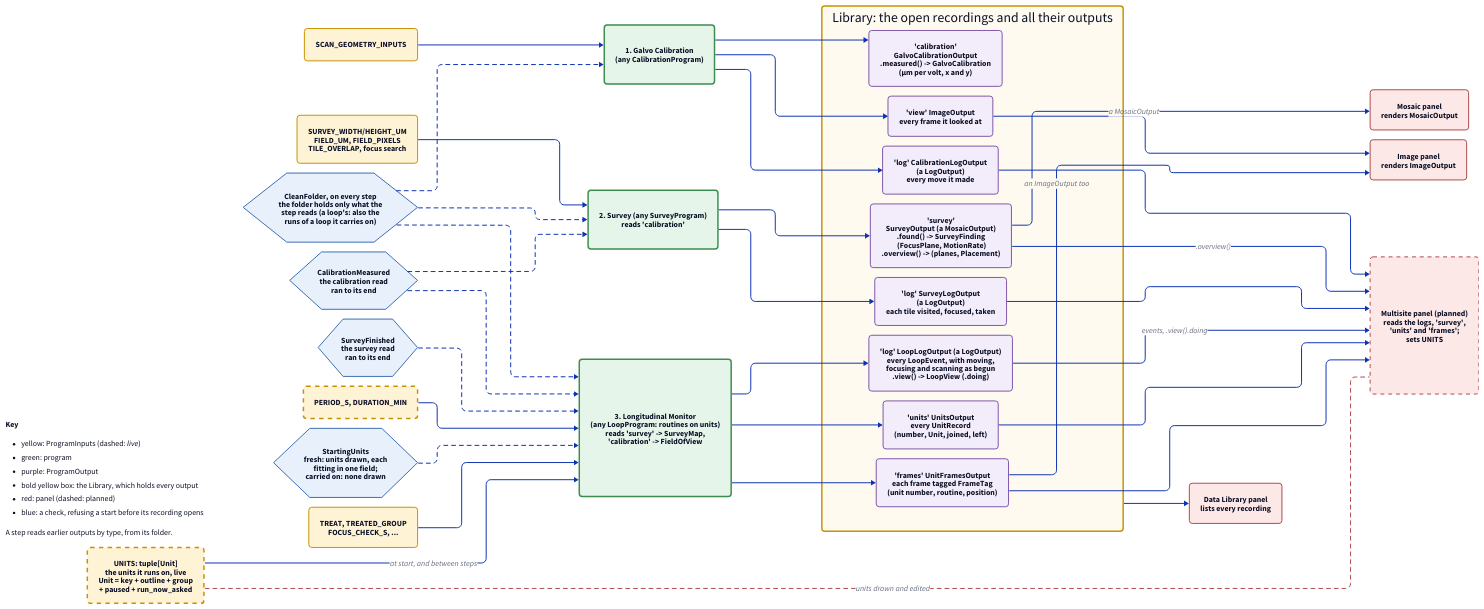
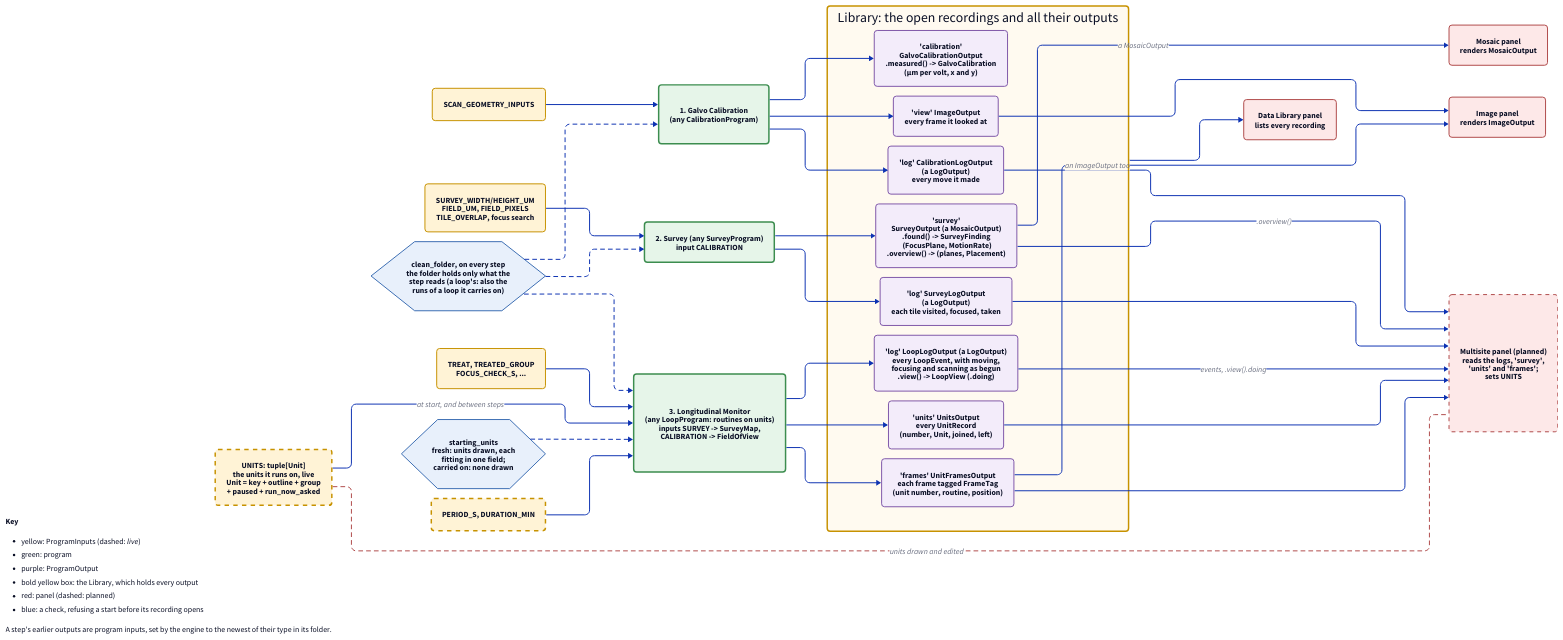
Before and after one commit to FishyIshyFishy/pyrpoc: the diagram in docs/diagrams/multisite.d2, drawn with D2. The commit also changed 138 other files, not shown here.

```diff
--- a/docs/diagrams/multisite.d2
+++ b/docs/diagrams/multisite.d2
@@ -1,104 +1,100 @@
 # Multisite, board 1 of 2: the pipeline. Each step's inputs, the program, the outputs it fills,
 # and what later steps and panels read of them. See multisite_loop.d2 for inside a loop.
 vars: {d2-config: {layout-engine: elk}}
 direction: right
 
 classes: {
   input: {style: {fill: "#fff3d6"; stroke: "#c79200"; border-radius: 6}}
   live: {style: {fill: "#fff3d6"; stroke: "#c79200"; stroke-width: 3; stroke-dash: 3; border-radius: 6}}
   prog: {style: {fill: "#e6f5e9"; stroke: "#3c8d4f"; stroke-width: 3; border-radius: 6}}
   check: {shape: hexagon; style: {fill: "#e8f0fb"; stroke: "#3b6db3"}}
   out: {style: {fill: "#f3ecfa"; stroke: "#7e57a8"; border-radius: 6}}
   panel: {style: {fill: "#fde8e8"; stroke: "#b04a4a"; border-radius: 6}}
   panel_new: {style: {fill: "#fde8e8"; stroke: "#b04a4a"; stroke-dash: 4; border-radius: 6}}
   library: {style: {fill: "#fffaf0"; stroke: "#c79200"; stroke-width: 3; border-radius: 6}}
 }
 
 # A node in the layout rather than pinned to a corner, which reserved a band of empty space.
 key: |md
   **Key**
   - yellow: ProgramInputs (dashed: *live*)
   - green: program
   - purple: ProgramOutput
   - bold yellow box: the Library,
     which holds every output
   - red: panel (dashed: planned)
   - blue: a check, refusing a start
     before its recording opens
 
-  A step reads earlier outputs by type,
-  from its folder.
+  A step's earlier outputs are program
+  inputs, set by the engine to the newest
+  of their type in its folder.
 | {style: {fill: "#ffffff"; stroke: "#bbbbbb"}}
 
-clean: "CleanFolder, on every step\nthe folder holds only what the\nstep reads (a loop's: also the\nruns of a loop it carries on)" {class: check}
+clean: "clean_folder, on every step\nthe folder holds only what the\nstep reads (a loop's: also the\nruns of a loop it carries on)" {class: check}
 clean -> cal {style.stroke-dash: 4}
 clean -> sur {style.stroke-dash: 4}
 clean -> loop {style.stroke-dash: 4}
-measured: "CalibrationMeasured\nthe calibration read\nran to its end" {class: check}
-measured -> sur {style.stroke-dash: 4}
-measured -> loop {style.stroke-dash: 4}
-finished: "SurveyFinished\nthe survey read\nran to its end" {class: check}
-finished -> loop {style.stroke-dash: 4}
-starting: "StartingUnits\nfresh: units drawn, each\nfitting in one field;\ncarried on: none drawn" {class: check}
+starting: "starting_units\nfresh: units drawn, each\nfitting in one field;\ncarried on: none drawn" {class: check}
 starting -> loop {style.stroke-dash: 4}
 
 # ---------------------------------------------------------------- 1. calibration
 cal_in: "SCAN_GEOMETRY_INPUTS" {class: input}
 cal: "1. Galvo Calibration\n(any CalibrationProgram)" {class: prog}
 cal_in -> cal
 cal -> library.calibration
 cal -> library.view
 cal -> library.cal_log
 
 # ---------------------------------------------------------------- 2. survey
 sur_in: "SURVEY_WIDTH/HEIGHT_UM\nFIELD_UM, FIELD_PIXELS\nTILE_OVERLAP, focus search" {class: input}
-sur: "2. Survey (any SurveyProgram)\nreads 'calibration'" {class: prog}
+sur: "2. Survey (any SurveyProgram)\ninput CALIBRATION" {class: prog}
 sur_in -> sur
 sur -> library.survey
 sur -> library.survey_log
 
 # ---------------------------------------------------------------- 3. loop
 units: "UNITS: tuple[Unit]\nthe units it runs on, live\nUnit = key + outline + group\n+ paused + run_now_asked" {class: live}
 loop_in: "TREAT, TREATED_GROUP\nFOCUS_CHECK_S, ..." {class: input}
 monitor_live: "PERIOD_S, DURATION_MIN" {class: live}
-loop: "3. Longitudinal Monitor\n(any LoopProgram: routines on units)\nreads 'survey' -> SurveyMap,\n'calibration' -> FieldOfView" {class: prog}
+loop: "3. Longitudinal Monitor\n(any LoopProgram: routines on units)\ninputs SURVEY -> SurveyMap,\nCALIBRATION -> FieldOfView" {class: prog}
 units -> loop: "at start, and between steps"
 loop_in -> loop
 monitor_live -> loop
 loop -> library.log
 loop -> library.unit_records
 loop -> library.frames
 
 # ---------------------------------------------------------------- the library
 # Every output a program fills is in the library, inside its recording; panels only ever
 # reach an output there, each picking the outputs of the type it renders.
 library: "Library: the open recordings and all their outputs" {
   class: library
   calibration: "'calibration'\nGalvoCalibrationOutput\n.measured() -> GalvoCalibration\n(µm per volt, x and y)" {class: out}
   view: "'view' ImageOutput\nevery frame it looked at" {class: out}
   cal_log: "'log' CalibrationLogOutput\n(a LogOutput)\nevery move it made" {class: out}
   survey: "'survey'\nSurveyOutput (a MosaicOutput)\n.found() -> SurveyFinding\n  (FocusPlane, MotionRate)\n.overview() -> (planes, Placement)" {class: out}
   survey_log: "'log' SurveyLogOutput\n(a LogOutput)\neach tile visited, focused, taken" {class: out}
   log: "'log' LoopLogOutput (a LogOutput)\nevery LoopEvent, with moving,\nfocusing and scanning as begun\n.view() -> LoopView (.doing)" {class: out}
   unit_records: "'units' UnitsOutput\nevery UnitRecord\n(number, Unit, joined, left)" {class: out}
   frames: "'frames' UnitFramesOutput\neach frame tagged FrameTag\n(unit number, routine, position)" {class: out}
 }
 
 # ---------------------------------------------------------------- panels
 image: "Image panel\nrenders ImageOutput" {class: panel}
 mosaic: "Mosaic panel\nrenders MosaicOutput" {class: panel}
 data_library: "Data Library panel\nlists every recording" {class: panel}
 multisite_panel: "Multisite panel (planned)\nreads the logs, 'survey',\n'units' and 'frames';\nsets UNITS" {class: panel_new}
 library.view -> image
 library.frames -> image: "an ImageOutput too"
 library.survey -> mosaic: "a MosaicOutput"
 library.survey -> multisite_panel: ".overview()"
 library.cal_log -> multisite_panel
 library.survey_log -> multisite_panel
 library.log -> multisite_panel: "events, .view().doing"
 library.unit_records -> multisite_panel
 library.frames -> multisite_panel
 library -> data_library
 
 # What the multisite panel will send back: the units, before and while a loop runs.
 units -- multisite_panel: "units drawn and edited" {source-arrowhead.shape: triangle; style.stroke: "#b04a4a"; style.stroke-dash: 4}
```
